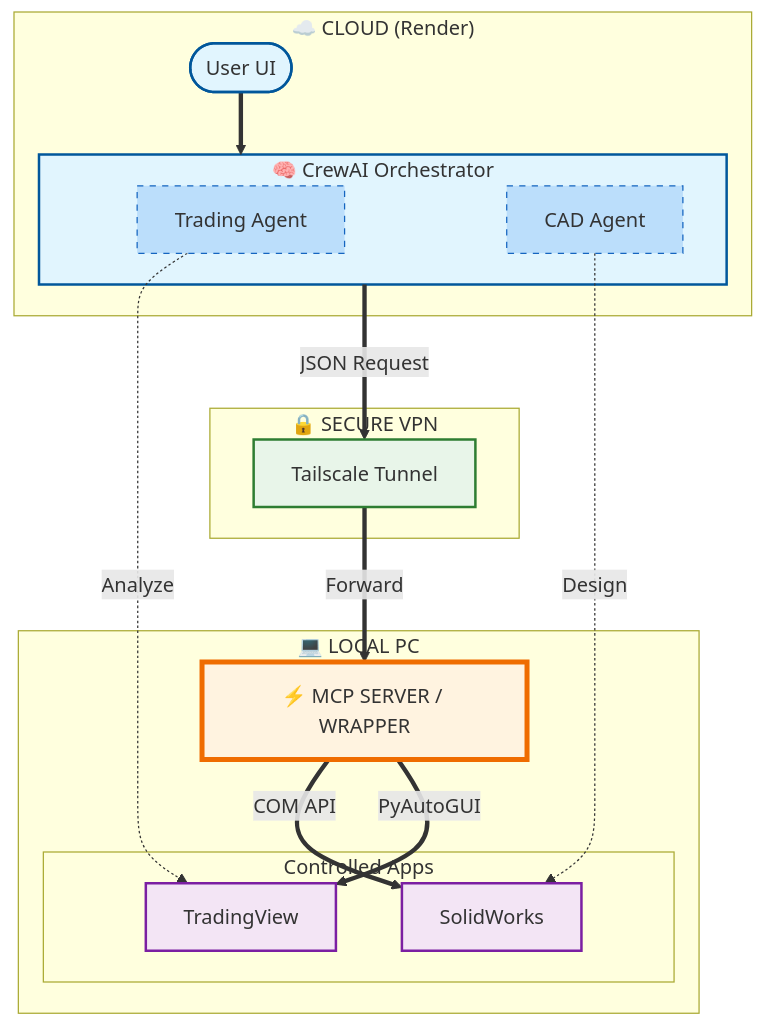
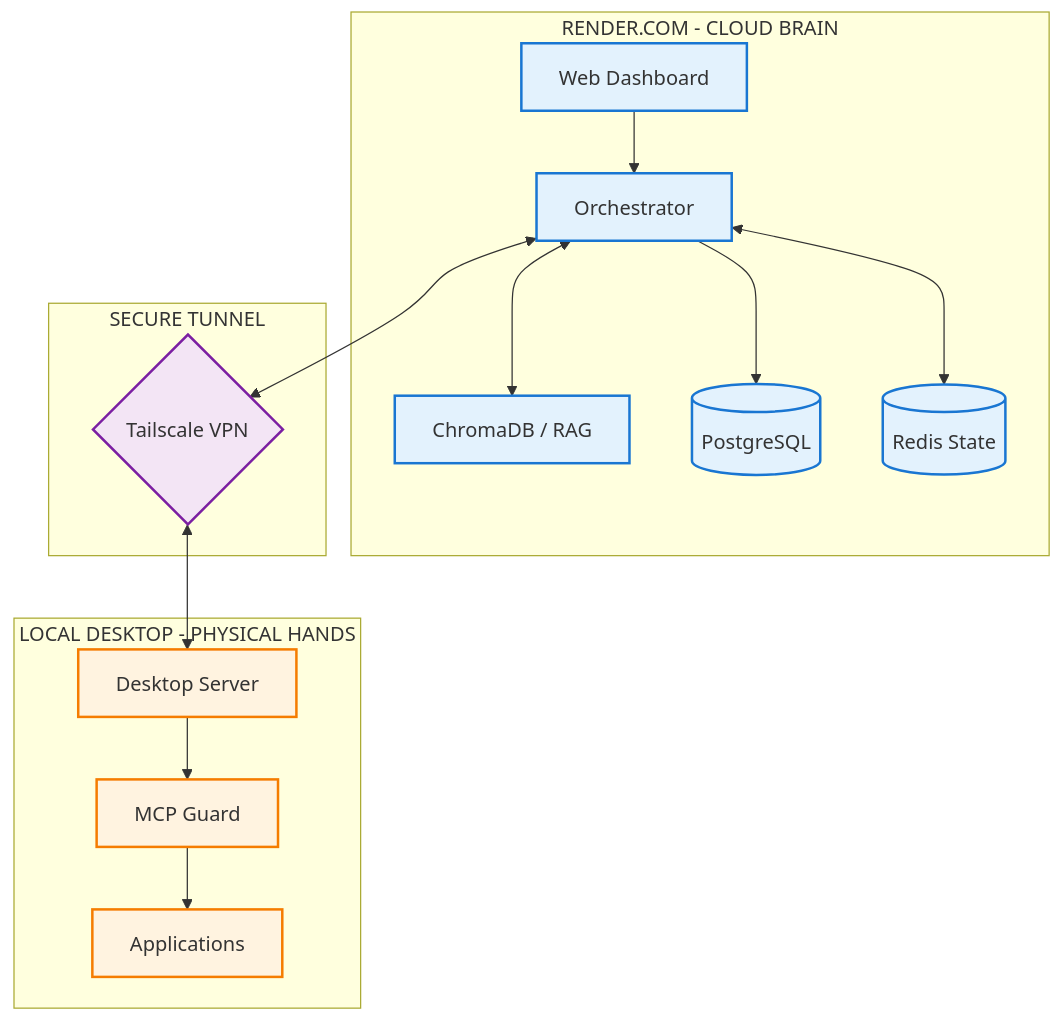
One commit to swiffc/Project_Vulcan changed the diagram in docs/architecture/system_overview.md. Above: the diagram before and after it, drawn with Mermaid. The commit also changed other lines of this file and 34 other files, not shown here.

````diff
--- a/docs/architecture/system_overview.md
+++ b/docs/architecture/system_overview.md
@@ -5,51 +20,37 @@
 ```mermaid
-graph TD
-    %% Styling
-    classDef cloud fill:#e1f5fe,stroke:#01579b,stroke-width:2px;
-    classDef vpn fill:#e8f5e9,stroke:#2e7d32,stroke-width:2px;
-    classDef local fill:#fff3e0,stroke:#ef6c00,stroke-width:4px;
-    classDef app fill:#f3e5f5,stroke:#7b1fa2,stroke-width:2px;
-    classDef agent fill:#bbdefb,stroke:#1565c0,stroke-width:1px,stroke-dasharray: 5 5;
-
-    subgraph CLOUD ["☁️ CLOUD (Render)"]
-        User([User UI])
-        
-        subgraph BRAIN ["🧠 CrewAI Orchestrator"]
-            TA[Trading Agent]
-            CA[CAD Agent]
-        end
-        
-        User ==> BRAIN
+graph TB
+    subgraph Cloud [RENDER.COM - CLOUD BRAIN]
+        UI[Web Dashboard]
+        ORCH[Orchestrator]
+        RAG[ChromaDB / RAG]
+        SQL[(PostgreSQL)]
+        REDIS[(Redis State)]
     end
 
-    subgraph TUNNEL ["🔒 SECURE VPN"]
-        VPN[Tailscale Tunnel]
+    subgraph Security [SECURE TUNNEL]
+        VPN{Tailscale VPN}
     end
 
-    subgraph PC ["💻 LOCAL PC"]
-        MCPServer[⚡ MCP SERVER / WRAPPER]
-        
-        subgraph APPS ["Controlled Apps"]
-            SW[SolidWorks]
-            TV[TradingView]
-        end
+    subgraph PC [LOCAL DESKTOP - PHYSICAL HANDS]
+        DS[Desktop Server]
+        MC[MCP Guard]
+        APPS[Applications]
     end
 
-    %% Connections
-    BRAIN ==>|JSON Request| VPN
-    VPN ==>|Forward| MCPServer
-    
-    %% The Critical Branching
-    MCPServer ==>|COM API| SW
-    MCPServer ==>|PyAutoGUI| TV
+    UI --> ORCH
+    ORCH <--> RAG
+    ORCH --> SQL
+    ORCH <--> REDIS
+    ORCH <--> VPN
+    VPN <--> DS
+    DS --> MC
+    MC --> APPS
 
-    %% Agent Logic
-    TA -.->|Analyze| TV
-    CA -.->|Design| SW
+    classDef cloud fill:#e3f2fd,stroke:#1976d2,stroke-width:2px;
+    classDef local fill:#fff3e0,stroke:#f57c00,stroke-width:2px;
+    classDef vpn fill:#f3e5f5,stroke:#7b1fa2,stroke-width:2px;
 
-    class User,BRAIN cloud;
-    class TA,CA agent;
+    class UI,ORCH,RAG,SQL,REDIS cloud;
+    class DS,MC,APPS local;
     class VPN vpn;
-    class MCPServer local;
-    class SW,TV app;
 ```
````
